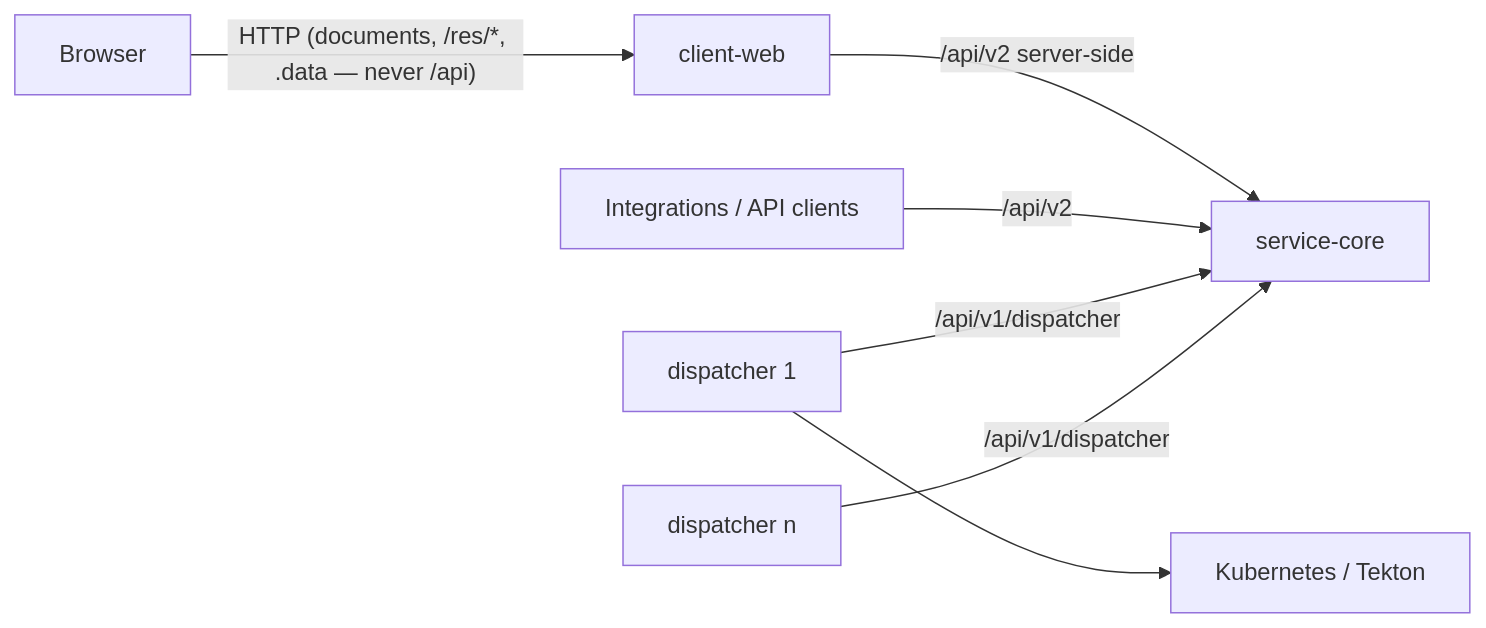
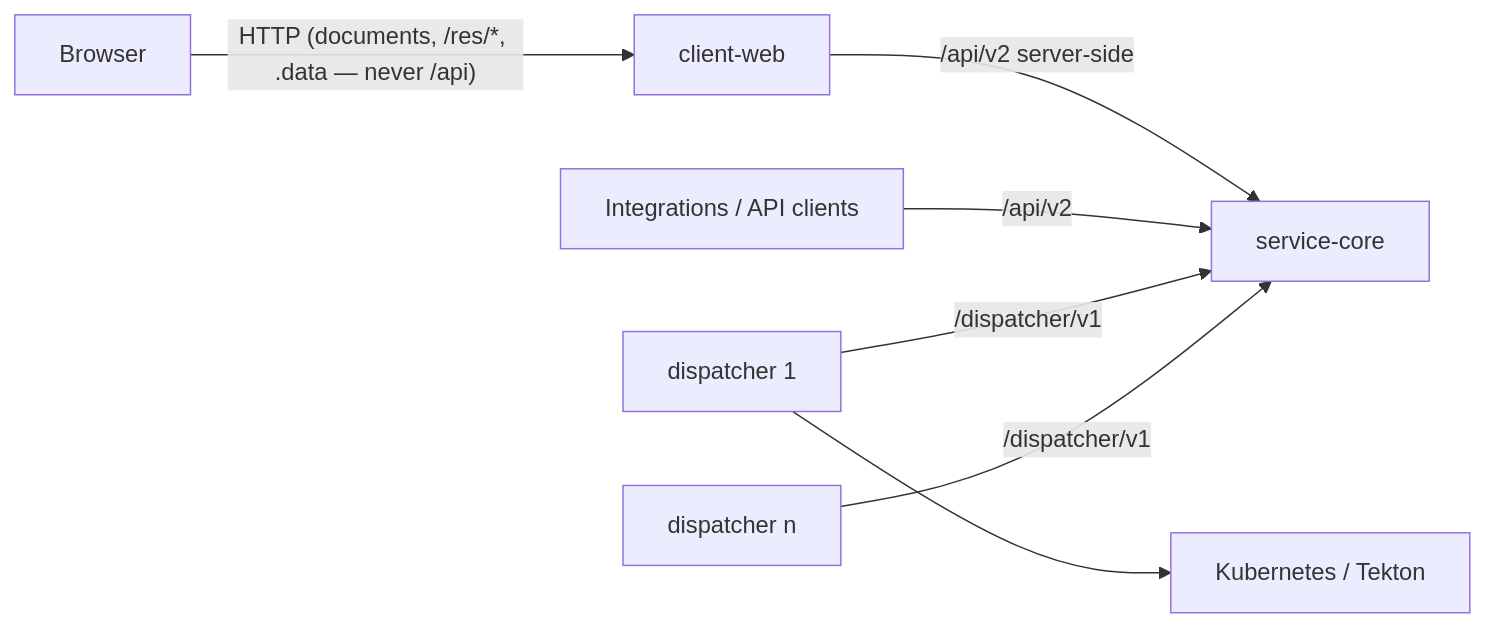
One commit to boomerang-io/flow changed the diagram in README.md. Above: the diagram before and after it, drawn with Mermaid. The commit also changed other lines of this file and 7 other files, not shown here.

````diff
--- a/README.md
+++ b/README.md
@@ -17,9 +17,9 @@
 ```mermaid
 graph LR
     U[Browser] -->|"HTTP (documents, /res/*, .data — never /api)"| W[client-web]
     W -->|/api/v2 server-side| C[service-core]
     I[Integrations / API clients] -->|/api/v2| C
-    D1[dispatcher 1] -->|/api/v1/dispatcher| C
-    D2[dispatcher n] -->|/api/v1/dispatcher| C
+    D1[dispatcher 1] -->|/dispatcher/v1| C
+    D2[dispatcher n] -->|/dispatcher/v1| C
     D1 --> K[Kubernetes / Tekton]
 ```
````
